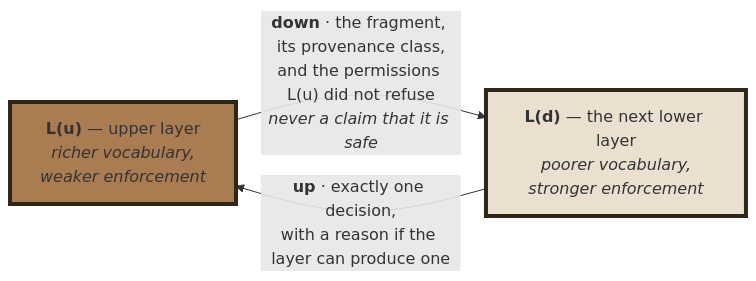
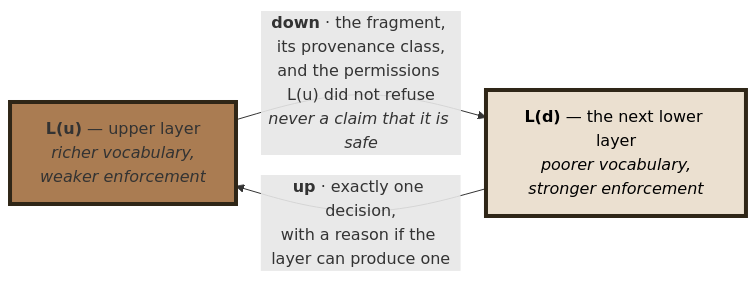
The fourth of 7 diagrams in research/confining-python-by-observation.md (pprados/pysandboxes), drawn with Mermaid before and after one commit. The commit also changed other lines of this file and 1 other file, not shown here.

Commit message:
docs: black text on the light OS-sandbox boxes of the mermaid diagrams

````diff
--- a/research/confining-python-by-observation.md
+++ b/research/confining-python-by-observation.md
@@ -211,11 +211,11 @@
 ```mermaid
 %% caption: The interface between two adjacent layers, and what crosses it in each direction
 flowchart LR
     Lu["<b>L(u)</b> — upper layer<br/><i>richer vocabulary,<br/>weaker enforcement</i>"]
     Ld["<b>L(d)</b> — the next lower layer<br/><i>poorer vocabulary,<br/>stronger enforcement</i>"]
     Lu -- "<b>down</b> · the fragment, its provenance class,<br/>and the permissions L(u) did not refuse<br/><i>never a claim that it is safe</i>" --> Ld
     Ld -- "<b>up</b> · exactly one decision,<br/>with a reason if the layer can produce one" --> Lu
 
 style Lu fill:#aa7c52,stroke:#2f2617,stroke-width:4px
-style Ld fill:#ebe0d0,stroke:#2f2617,stroke-width:4px
+style Ld fill:#ebe0d0,stroke:#2f2617,stroke-width:4px,color:#000000
 ```
````
